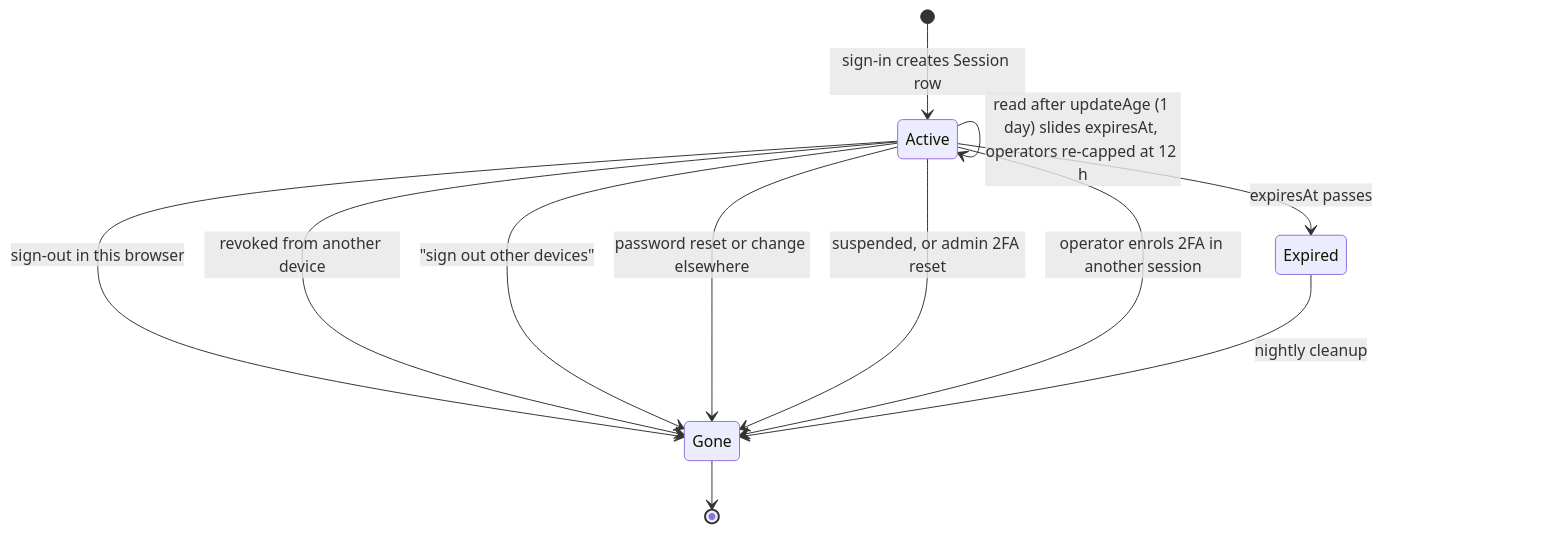
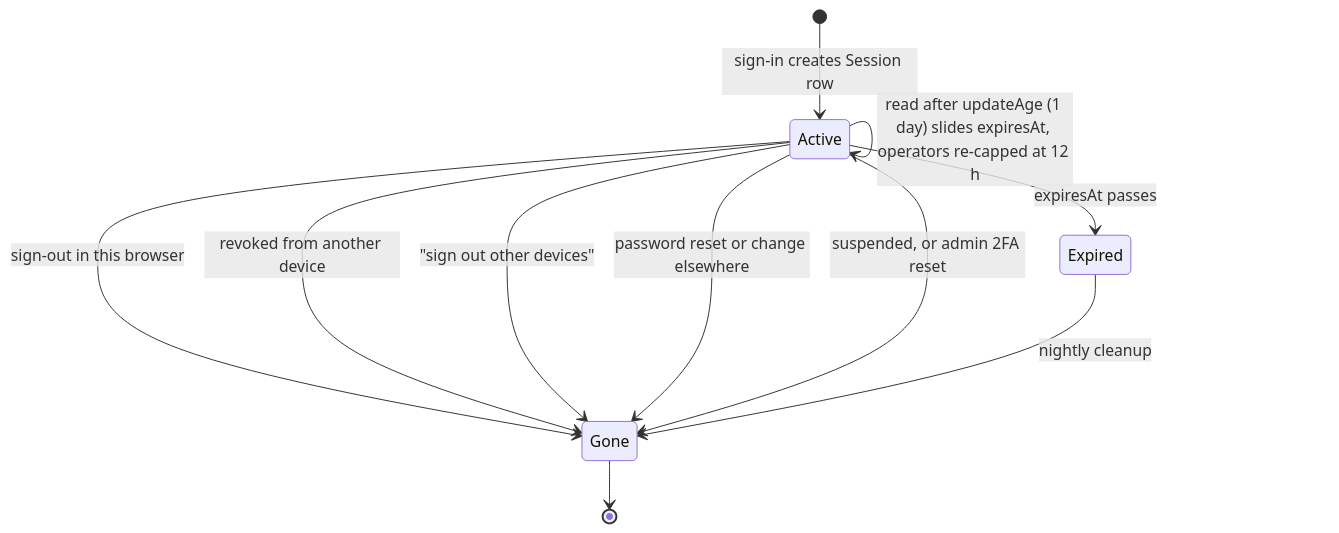
The seventh of 9 diagrams in docs/authentication/architecture.md (Practitionist/familiarise_web), drawn with Mermaid before and after one commit. The commit also changed other lines of this file and 51 other files, not shown here.

````diff
--- a/docs/authentication/architecture.md
+++ b/docs/authentication/architecture.md
@@ -292,14 +325,13 @@
 ```mermaid
 stateDiagram-v2
   [*] --> Active: sign-in creates Session row
   Active --> Active: read after updateAge (1 day) slides expiresAt, operators re-capped at 12 h
   Active --> Gone: sign-out in this browser
   Active --> Gone: revoked from another device
   Active --> Gone: "sign out other devices"
   Active --> Gone: password reset or change elsewhere
   Active --> Gone: suspended, or admin 2FA reset
-  Active --> Gone: operator enrols 2FA in another session
   Active --> Expired: expiresAt passes
   Expired --> Gone: nightly cleanup
   Gone --> [*]
 ```
````
